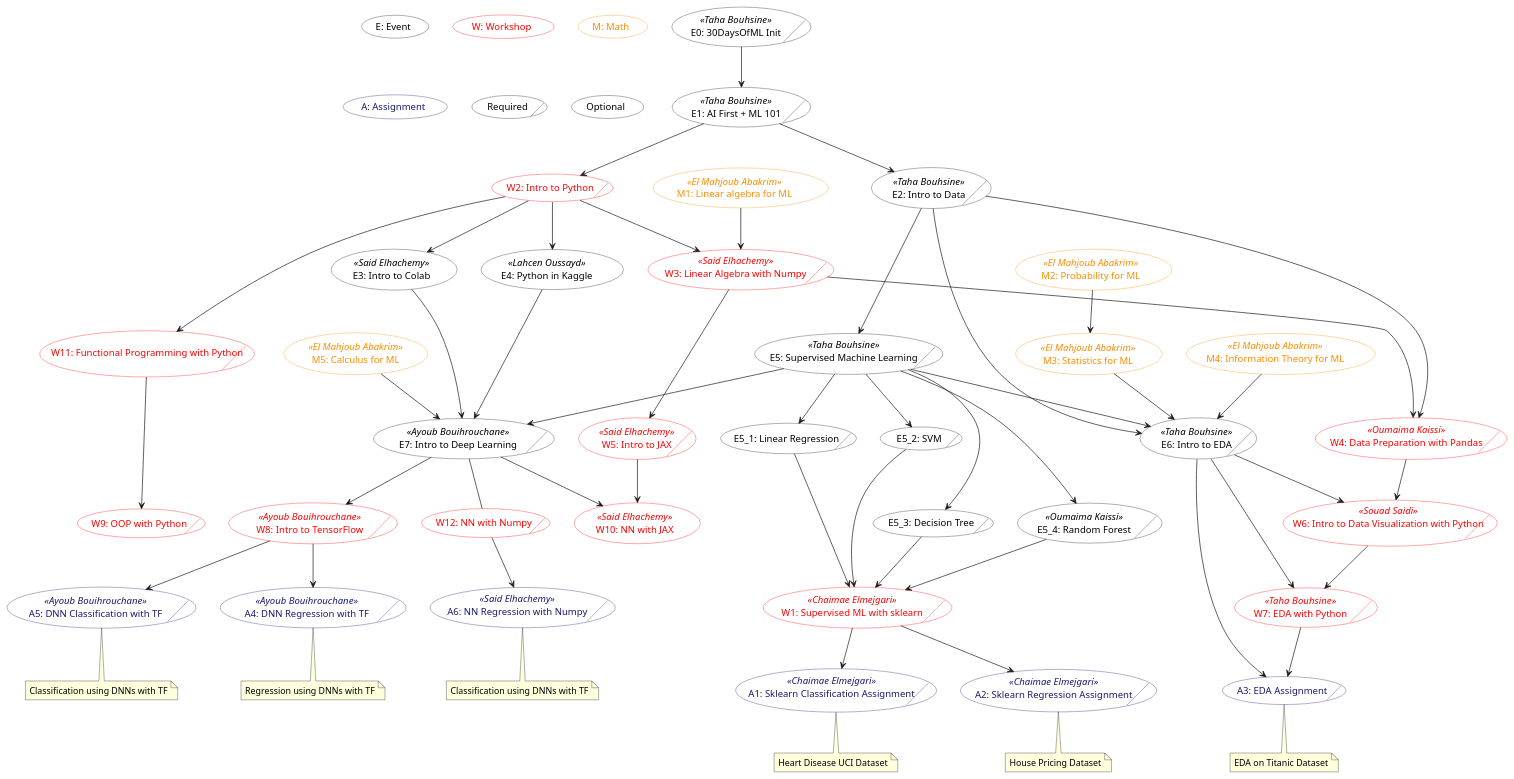
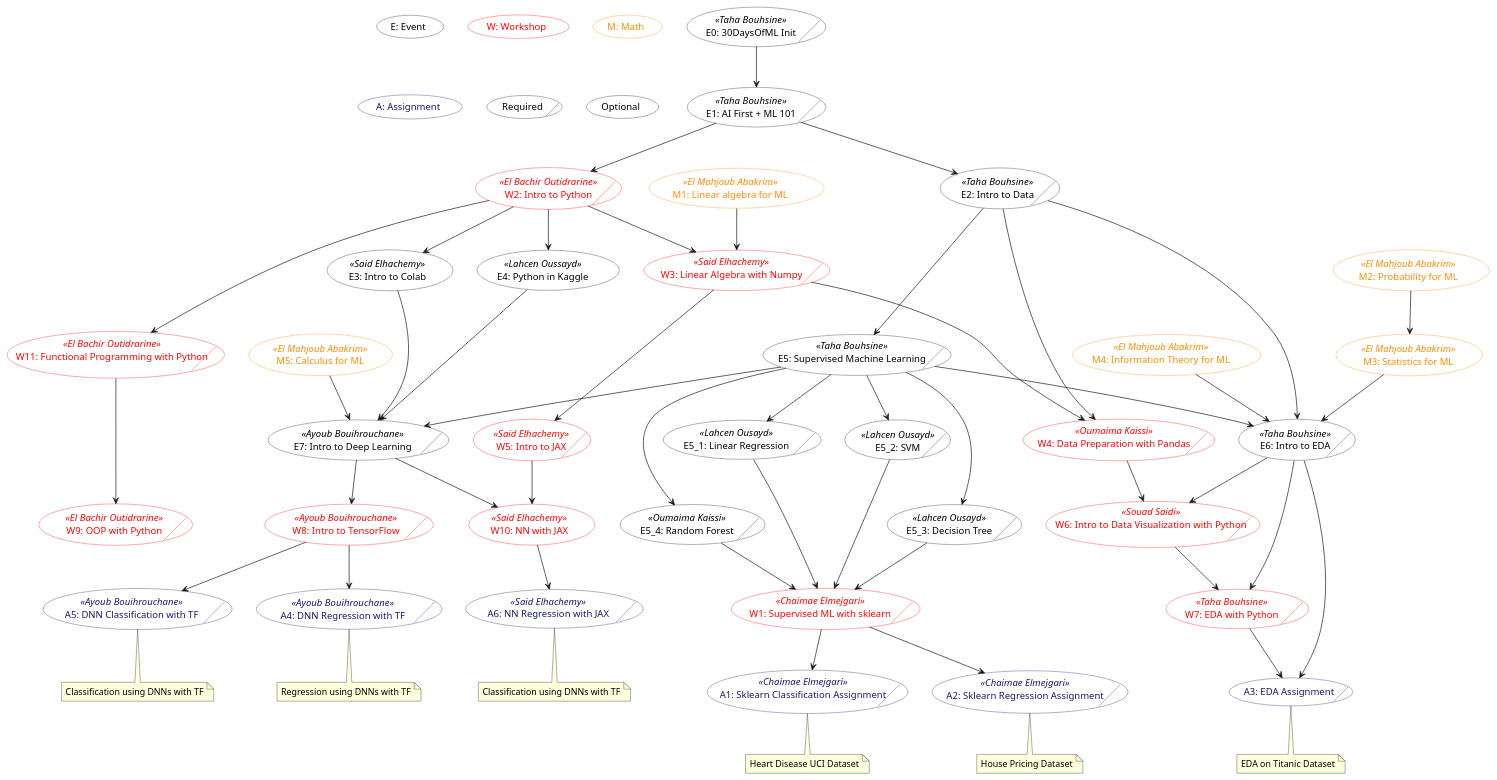
One commit to gdscuiz/30daysofml changed the diagram in mlstart.puml. Above: the diagram before and after it, drawn with PlantUML.

Commit message:
last version

```diff
--- a/mlstart.puml
+++ b/mlstart.puml
@@ -1,149 +1,149 @@
 @startuml "MLStart"
 
 skinparam usecase {
 BackgroundColor transparent
 shadowing false
 }
 
 (E: Event)
 (W: Workshop) #line:red;text:red
 (M: Math) #line:darkorange;text:darkorange
 (A: Assignment) #line:MidnightBlue;text:MidnightBlue
 
 (E0: 30DaysOfML Init)/ as E0 <<Taha Bouhsine>>
 (E1: AI First + ML 101)/ as E1 <<Taha Bouhsine>>
 
 (E2: Intro to Data)/ as E2 <<Taha Bouhsine>>
 (E3: Intro to Colab) as E3 <<Said Elhachemy>>
 (E4: Python in Kaggle) as E4 << Lahcen Oussayd >>
 (E5: Supervised Machine Learning)/ as E5 <<Taha Bouhsine>>
-(E5_1: Linear Regression)/ as E5_1
-(E5_2: SVM)/ as E5_2
-(E5_3: Decision Tree)/ as E5_3
+(E5_1: Linear Regression)/ as E5_1 <<Lahcen Ousayd>>
+(E5_2: SVM)/ as E5_2 <<Lahcen Ousayd>>
+(E5_3: Decision Tree)/ as E5_3 <<Lahcen Ousayd>>
 (E5_4: Random Forest)/ as E5_4 <<Oumaima Kaissi>>
 (E6: Intro to EDA)/ as E6 <<Taha Bouhsine>>
 (E7: Intro to Deep Learning)/ as E7 << Ayoub Bouihrouchane >>
 
 
 
 
 (W1: Supervised ML with sklearn)/ as W1 << Chaimae Elmejgari>> #line:red;text:red 
-(W2: Intro to Python)/ as W2 #line:red;text:red
+(W2: Intro to Python)/ as W2 <<El Bachir Outidrarine>> #line:red;text:red
 (W3: Linear Algebra with Numpy)/ as W3 <<Said Elhachemy>> #line:red;text:red
 (W4: Data Preparation with Pandas)/ as W4 <<Oumaima Kaissi>> #line:red;text:red
 (W5: Intro to JAX)/ as W5 <<Said Elhachemy>> #line:red;text:red
 (W6: Intro to Data Visualization with Python)/ as W6 <<Souad Saidi>> #line:red;text:red
 (W7: EDA with Python)/ as W7 <<Taha Bouhsine>> #line:red;text:red
 (W8: Intro to TensorFlow)/ as W8 << Ayoub Bouihrouchane >> #line:red;text:red 
-(W9: OOP with Python)/ as W9 #line:red;text:red
+(W9: OOP with Python)/ as W9 << El Bachir Outidrarine>>#line:red;text:red
 (W10: NN with JAX) as W10 <<Said Elhachemy>> #line:red;text:red
-(W11: Functional Programming with Python)/ as W11 #line:red;text:red
-(W12: NN with Numpy)/ as W12 #line:red;text:red
+(W11: Functional Programming with Python)/ as W11 <<El Bachir Outidrarine>> #line:red;text:red
+
 
 (M1: Linear algebra for ML) as M1 << El Mahjoub Abakrim >> #line:darkorange;text:darkorange
 (M2: Probability for ML) as M2 << El Mahjoub Abakrim >> #line:darkorange;text:darkorange
 (M3: Statistics for ML) as M3 << El Mahjoub Abakrim >> #line:darkorange;text:darkorange
 (M5: Calculus for ML) as M5 << El Mahjoub Abakrim >> #line:darkorange;text:darkorange 
 (M4: Information Theory for ML) as M4 << El Mahjoub Abakrim >> #line:darkorange;text:darkorange
 
 (A1: Sklearn Classification Assignment)/ as A1 <<Chaimae Elmejgari>> #line:MidnightBlue;text:MidnightBlue
 note bottom [[http://GDSCUIZ.github.io]]
 Heart Disease UCI Dataset
 end note
 
 (A2: Sklearn Regression Assignment)/ as A2 <<Chaimae Elmejgari>> #line:MidnightBlue;text:MidnightBlue
 note bottom [[http://GDSCUIZ.github.io]]
 House Pricing Dataset
 end note
 
 (A3: EDA Assignment)/ as A3 #line:MidnightBlue;text:MidnightBlue
 note bottom [[http://GDSCUIZ.github.io]]
 EDA on Titanic Dataset
 end note
 
 (A4: DNN Regression with TF)/ as A4 <<Ayoub Bouihrouchane>> #line:MidnightBlue;text:MidnightBlue
 note bottom [[http://GDSCUIZ.github.io]]
 Regression using DNNs with TF
 end note
 
 (A5: DNN Classification with TF)/ as A5 <<Ayoub Bouihrouchane>> #line:MidnightBlue;text:MidnightBlue
 note bottom [[http://GDSCUIZ.github.io]]
 Classification using DNNs with TF
 end note
 
-(A6: NN Regression with Numpy)/ as A6 <<Said Elhachemy>> #line:MidnightBlue;text:MidnightBlue
+(A6: NN Regression with JAX)/ as A6 <<Said Elhachemy>> #line:MidnightBlue;text:MidnightBlue
 note bottom [[http://GDSCUIZ.github.io]]
 Classification using DNNs with TF
 end note
 
 M1 --> W3
 
 M2 --> M3
 
 M3 --> E6
 M4 --> E6
 
 M5 --> E7
 
 E0 --> E1
 
 E1 --> W2
 E1 --> E2
 
 E2 ---> E5
 E2 --> W4
 E2 ---> E6
 
 E3 --> E7
 
 E4 --> E7
 
 E5 --> E7
 E5 --> E6
 E5 --> E5_1
 E5 --> E5_2
 E5 ---> E5_3
 E5 ---> E5_4
 E5_1 --> W1
 E5_2 --> W1
 E5_3 --> W1
 E5_4 --> W1
 
 
 E6 --> A3
 E6 --> W7
 E6 --> W6
 
 E7 --> W8
 E7 --> W10
-E7 -- W12
+
 
 W1 --> A1
 W1 --> A2
 
 W2 --> E4
 W2 --> E3
 W2 --> W3
 W2 ---> W11
 
 W3 ---> W4
 W3 --> W5
 
 W4 --> W6
 
 W5 --> W10
 
 W6 --> W7
 
 W7 --> A3
 
 W8 --> A4
 W8 --> A5
 
 W11 ---> W9
 
-W12 --> A6
+W10 --> A6
 
 (Required)/
 (Optional)
 @enduml
```
